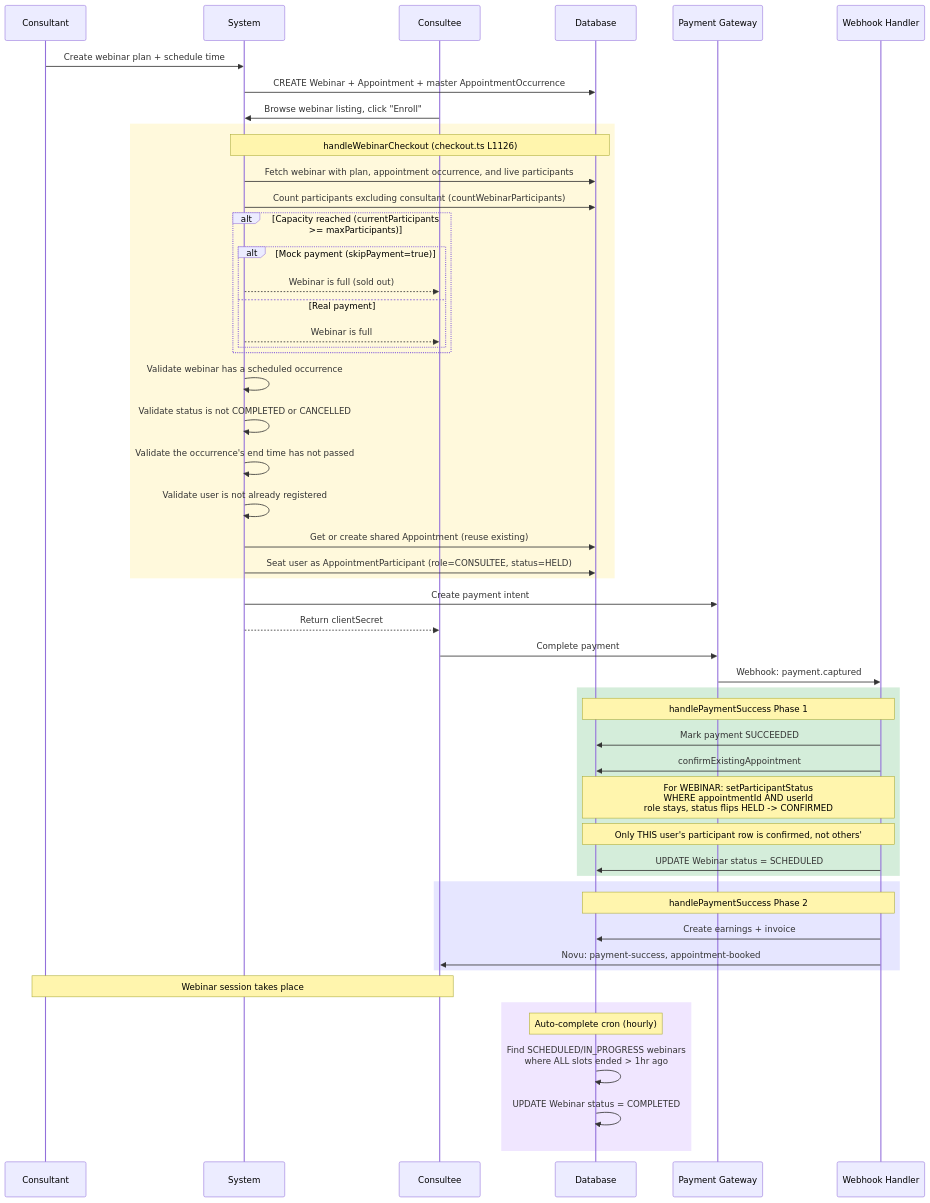
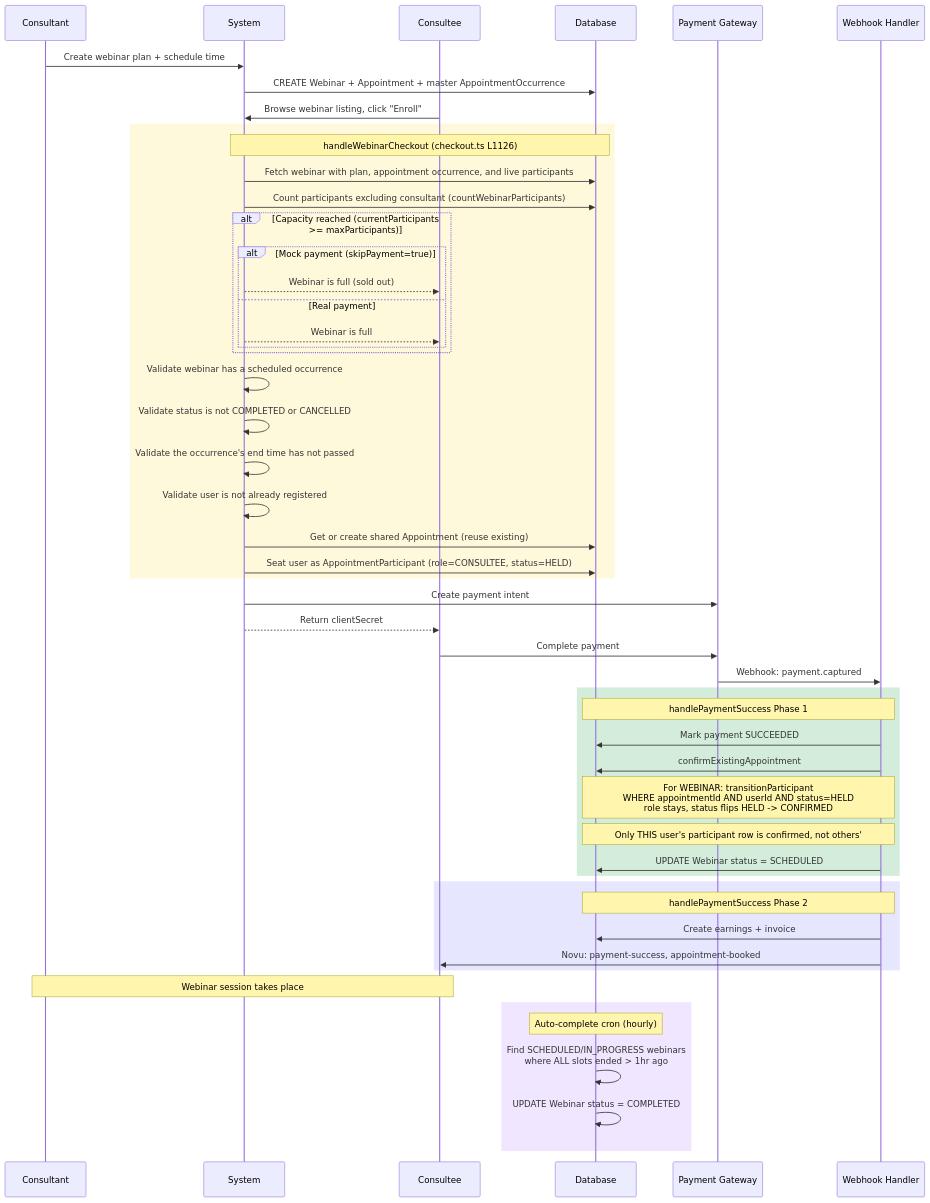
One commit to Practitionist/familiarise_web changed the sixth of 16 diagrams in docs/booking/06-booking-lifecycle.md. Above: the diagram before and after it, drawn with Mermaid. The commit also changed other lines of this file and 11 other files, not shown here.

````diff
--- a/docs/booking/06-booking-lifecycle.md
+++ b/docs/booking/06-booking-lifecycle.md
@@ -432,64 +432,64 @@
 ```mermaid
 sequenceDiagram
     participant CT as Consultant
     participant SYS as System
     participant CE as Consultee
     participant DB as Database
     participant GW as Payment Gateway
     participant WH as Webhook Handler
 
     CT->>SYS: Create webinar plan + schedule time
     SYS->>DB: CREATE Webinar + Appointment + master AppointmentOccurrence
 
     CE->>SYS: Browse webinar listing, click "Enroll"
 
     rect rgb(255, 249, 220)
         Note over SYS,DB: handleWebinarCheckout (checkout.ts L1126)
         SYS->>DB: Fetch webinar with plan, appointment occurrence, and live participants
         SYS->>DB: Count participants excluding consultant (countWebinarParticipants)
 
         alt Capacity reached (currentParticipants >= maxParticipants)
             alt Mock payment (skipPayment=true)
                 SYS-->>CE: Webinar is full (sold out)
             else Real payment
                 SYS-->>CE: Webinar is full
             end
         end
 
         SYS->>SYS: Validate webinar has a scheduled occurrence
         SYS->>SYS: Validate status is not COMPLETED or CANCELLED
         SYS->>SYS: Validate the occurrence's end time has not passed
         SYS->>SYS: Validate user is not already registered
 
         SYS->>DB: Get or create shared Appointment (reuse existing)
         SYS->>DB: Seat user as AppointmentParticipant (role=CONSULTEE, status=HELD)
     end
 
     SYS->>GW: Create payment intent
     SYS-->>CE: Return clientSecret
     CE->>GW: Complete payment
     GW->>WH: Webhook: payment.captured
 
     rect rgb(212, 237, 218)
         Note over WH,DB: handlePaymentSuccess Phase 1
         WH->>DB: Mark payment SUCCEEDED
         WH->>DB: confirmExistingAppointment
-        Note over WH,DB: For WEBINAR: setParticipantStatus<br/>WHERE appointmentId AND userId<br/>role stays, status flips HELD -> CONFIRMED
+        Note over WH,DB: For WEBINAR: transitionParticipant<br/>WHERE appointmentId AND userId AND status=HELD<br/>role stays, status flips HELD -> CONFIRMED
         Note over WH,DB: Only THIS user's participant row is confirmed, not others'
         WH->>DB: UPDATE Webinar status = SCHEDULED
     end
 
     rect rgb(230, 230, 255)
         Note over WH,DB: handlePaymentSuccess Phase 2
         WH->>DB: Create earnings + invoice
         WH->>CE: Novu: payment-success, appointment-booked
     end
 
     Note over CT,CE: Webinar session takes place
 
     rect rgb(240, 230, 255)
         Note over DB: Auto-complete cron (hourly)
         DB->>DB: Find SCHEDULED/IN_PROGRESS webinars<br/>where ALL slots ended > 1hr ago
         DB->>DB: UPDATE Webinar status = COMPLETED
     end
 ```
````
